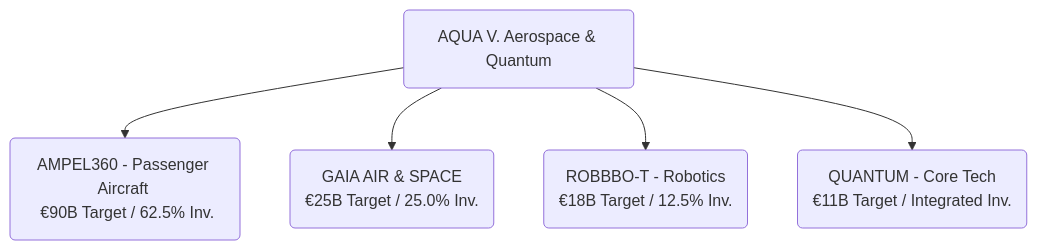
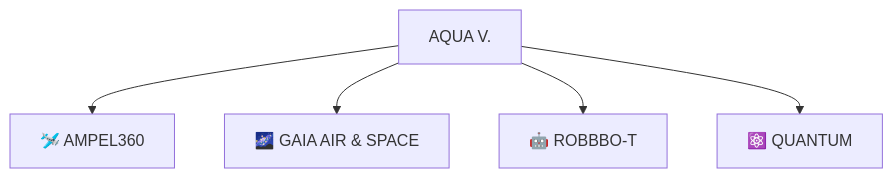
Before and after one commit to Robbbo-T/A-Q-U-A_V: the first of 4 diagrams in README.md, drawn with Mermaid. The commit also changed other lines of this file, not shown here.

````diff
--- a/README.md
+++ b/README.md
@@ -62,8 +81,8 @@
 ```mermaid
 graph TD
-    AQUA_V(AQUA V. Aerospace & Quantum)
-    AQUA_V --> AMPEL360(AMPEL360 - Passenger Aircraft <br/> €90B Target / 62.5% Inv.)
-    AQUA_V --> GAIA(GAIA AIR & SPACE <br/> €25B Target / 25.0% Inv.)
-    AQUA_V --> ROBBBO-T(ROBBBO-T - Robotics <br/> €18B Target / 12.5% Inv.)
-    AQUA_V --> QUANTUM(QUANTUM - Core Tech <br/> €11B Target / Integrated Inv.)
+  AQUA_V[AQUA V.] 
+  AQUA_V --> AMPEL360[🛩️ AMPEL360]
+  AQUA_V --> GAIAAIR[🌌 GAIA AIR & SPACE]
+  AQUA_V --> ROBBBO[🤖 ROBBBO-T]
+  AQUA_V --> QUANTUM[⚛️ QUANTUM]
 ```
````
